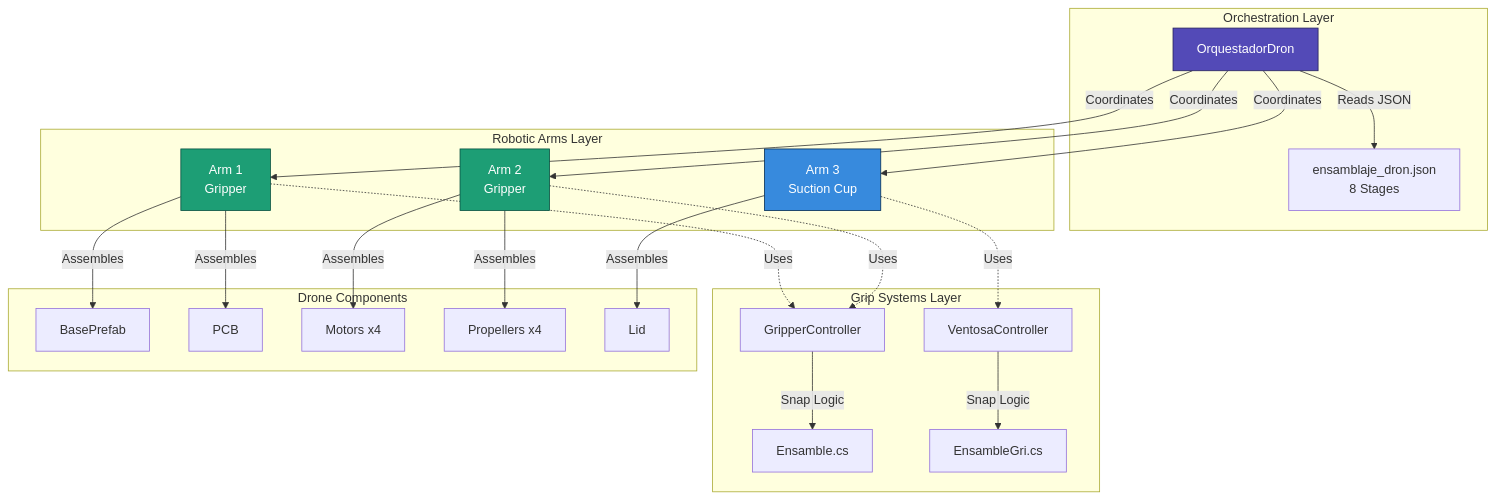
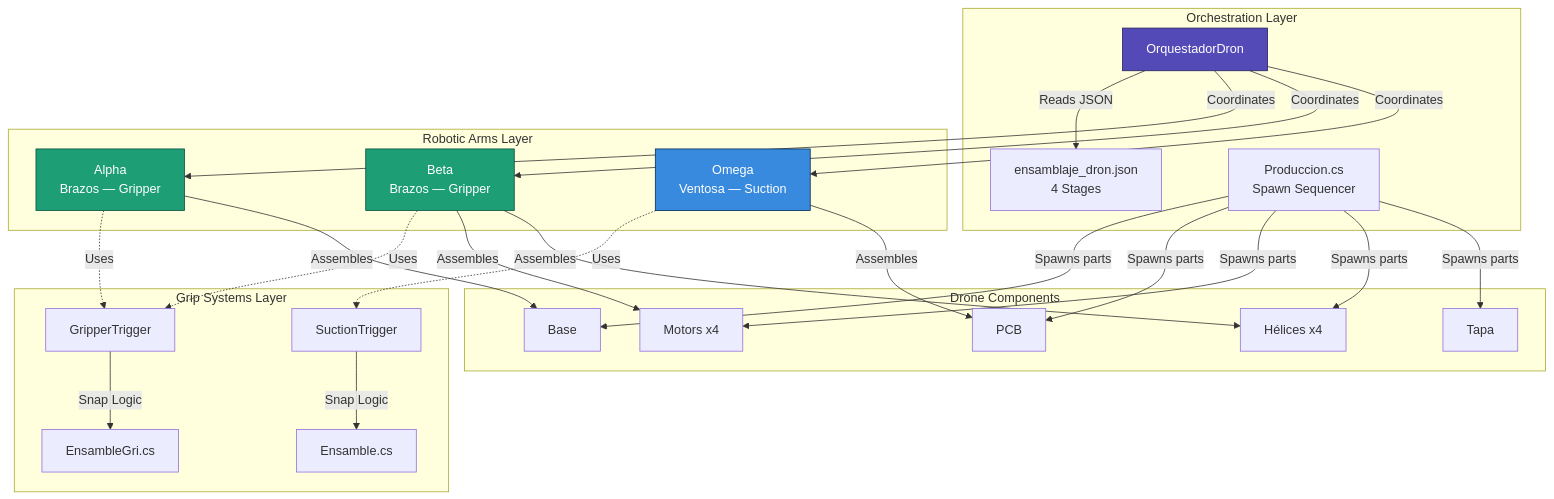
The first of 6 diagrams in README.md (jorgefajardom-coder/drone-packaging-simulation-unity), drawn with Mermaid before and after one commit. The commit also changed other lines of this file, not shown here.

````diff
--- a/README.md
+++ b/README.md
@@ -86,51 +93,56 @@
 ```mermaid
 graph TB
     subgraph "Orchestration Layer"
         O[OrquestadorDron]
-        JSON[ensamblaje_dron.json<br/>8 Stages]
+        JSON[ensamblaje_dron.json<br/>4 Stages]
+        P[Produccion.cs<br/>Spawn Sequencer]
     end
     
     subgraph "Robotic Arms Layer"
-        B1[Arm 1<br/>Gripper]
-        B2[Arm 2<br/>Gripper]
-        B3[Arm 3<br/>Suction Cup]
+        B1[Alpha<br/>Brazos — Gripper]
+        B2[Beta<br/>Brazos — Gripper]
+        B3[Omega<br/>Ventosa — Suction]
     end
     
     subgraph "Grip Systems Layer"
-        G[GripperController]
-        V[VentosaController]
+        G[GripperTrigger]
+        V[SuctionTrigger]
         E1[Ensamble.cs]
         E2[EnsambleGri.cs]
     end
     
     subgraph "Drone Components"
-        BASE[BasePrefab]
+        BASE[Base]
         PCB[PCB]
         MOTOR[Motors x4]
-        PROP[Propellers x4]
-        LID[Lid]
+        HELICE[Hélices x4]
+        TAPA[Tapa]
     end
     
     O -->|Reads JSON| JSON
     O -->|Coordinates| B1
     O -->|Coordinates| B2
     O -->|Coordinates| B3
+    P -->|Spawns parts| BASE
+    P -->|Spawns parts| PCB
+    P -->|Spawns parts| MOTOR
+    P -->|Spawns parts| HELICE
+    P -->|Spawns parts| TAPA
     
     B1 -.->|Uses| G
     B2 -.->|Uses| G
     B3 -.->|Uses| V
     
-    G -->|Snap Logic| E1
-    V -->|Snap Logic| E2
+    G -->|Snap Logic| E2
+    V -->|Snap Logic| E1
     
     B1 -->|Assembles| BASE
-    B1 -->|Assembles| PCB
+    B3 -->|Assembles| PCB
     B2 -->|Assembles| MOTOR
-    B2 -->|Assembles| PROP
-    B3 -->|Assembles| LID
+    B2 -->|Assembles| HELICE
     
     style O fill:#534AB7,stroke:#26215C,color:#fff
     style B1 fill:#1D9E75,stroke:#085041,color:#fff
     style B2 fill:#1D9E75,stroke:#085041,color:#fff
     style B3 fill:#378ADD,stroke:#042C53,color:#fff
 ```
````
